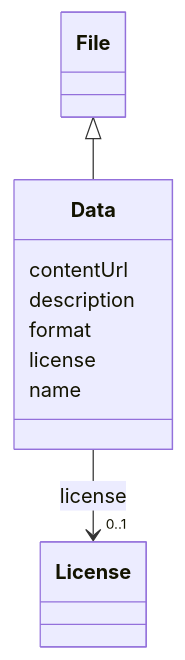
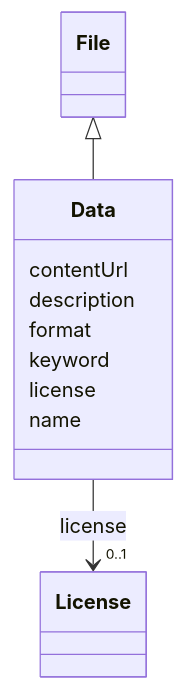
One commit to EVORA-project/evora-ontology changed the diagram in models/docs/Data.md. Above: the diagram before and after it, drawn with Mermaid. The commit also changed other lines of this file and 402 other files, not shown here.

````diff
--- a/models/docs/Data.md
+++ b/models/docs/Data.md
@@ -19,26 +19,28 @@
 ```mermaid
  classDiagram
     class Data
     click Data href "../Data"
       File <|-- Data
         click File href "../File"
       
       Data : contentUrl
         
       Data : description
         
       Data : format
+        
+      Data : keyword
         
       Data : license
         
           
     
     
     Data --> "0..1" License : license
     click License href "../License"
 
         
       Data : name
         
       
 ```
````
